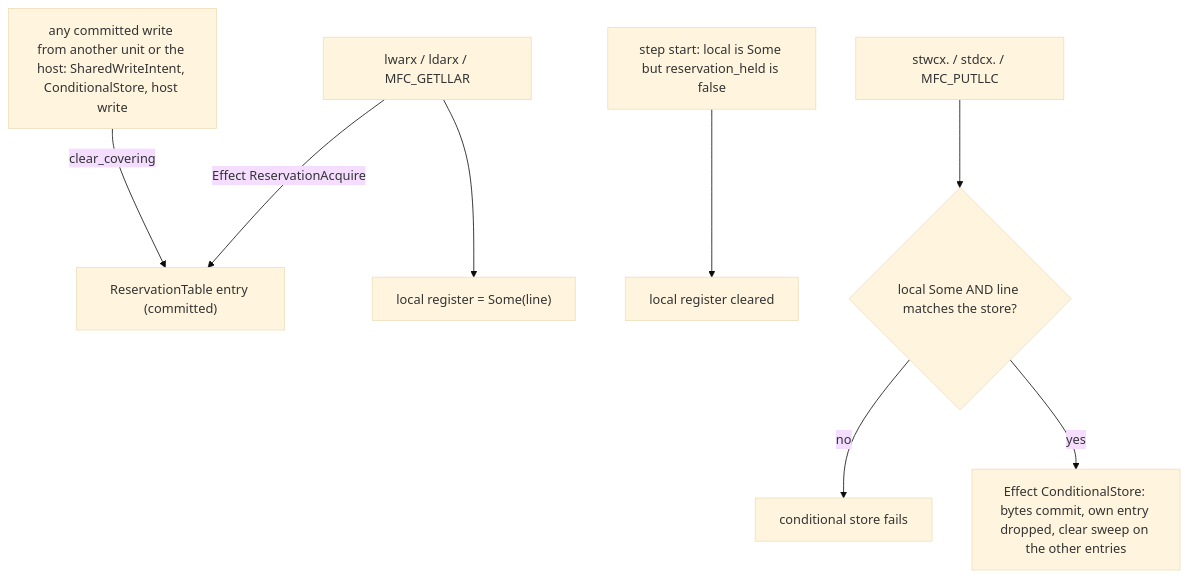
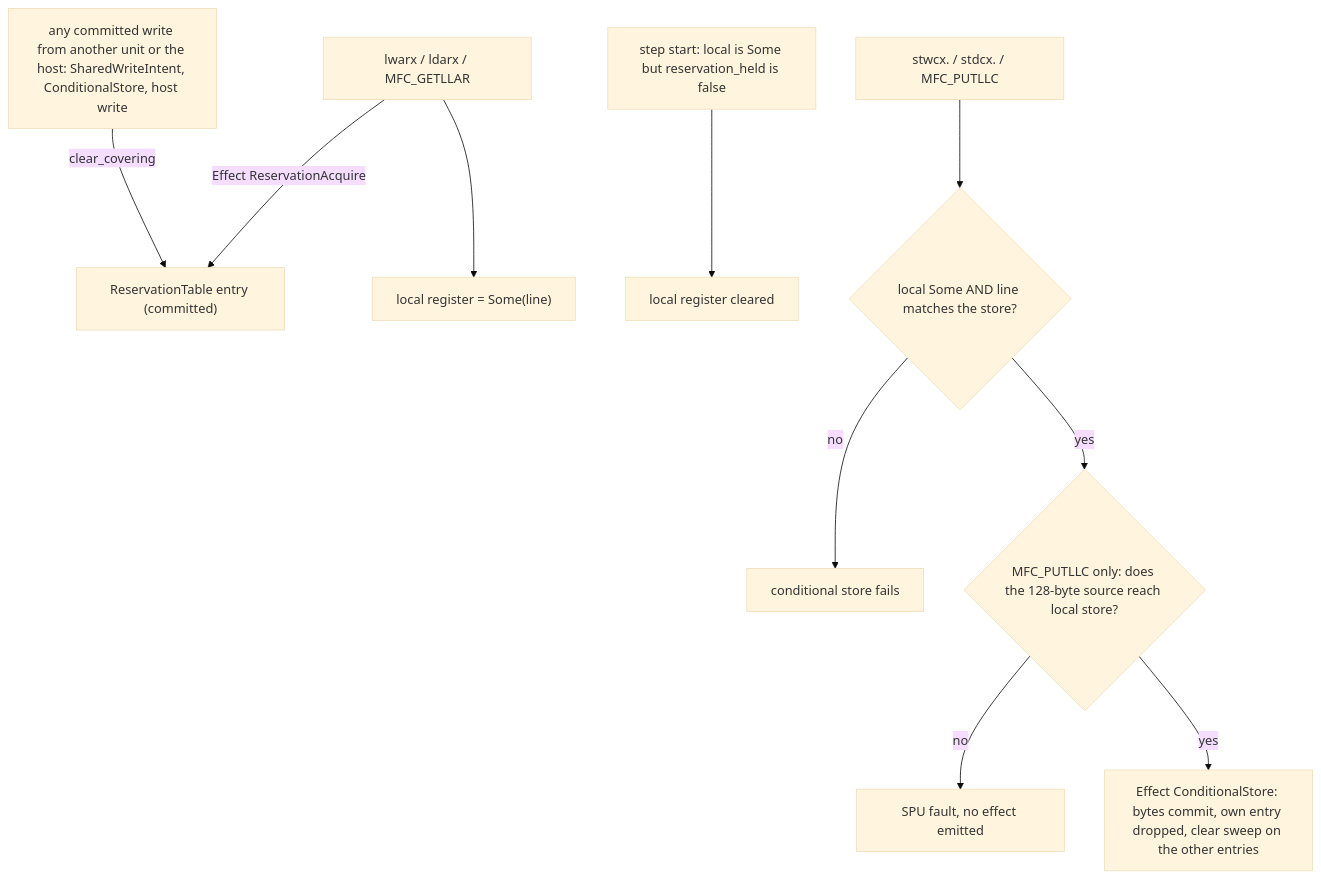
Before and after one commit to RoyalAce22/CellGov: the third of 3 diagrams in docs/architecture/synchronization.md, drawn with Mermaid (base theme). The commit also changed 6 other files, not shown here.

Commit message:
fix(abi,spu): decode the MFC command word by field

````diff
--- a/docs/architecture/synchronization.md
+++ b/docs/architecture/synchronization.md
@@ -172,10 +172,12 @@
 ```mermaid
 flowchart TD
   ld["lwarx / ldarx / MFC_GETLLAR"] -->|Effect ReservationAcquire| tbl["ReservationTable entry (committed)"]
   ld --> loc["local register = Some(line)"]
   wr["any committed write from another unit or the host: SharedWriteIntent, ConditionalStore, host write"] -->|clear_covering| tbl
   start["step start: local is Some but reservation_held is false"] --> clr["local register cleared"]
   st["stwcx. / stdcx. / MFC_PUTLLC"] --> v{"local Some AND line matches the store?"}
   v -->|no| nope["conditional store fails"]
-  v -->|yes| ok["Effect ConditionalStore: bytes commit, own entry dropped, clear sweep on the other entries"]
+  v -->|yes| src{"MFC_PUTLLC only: does the 128-byte source reach local store?"}
+  src -->|no| ref["SPU fault, no effect emitted"]
+  src -->|yes| ok["Effect ConditionalStore: bytes commit, own entry dropped, clear sweep on the other entries"]
 ```
````
